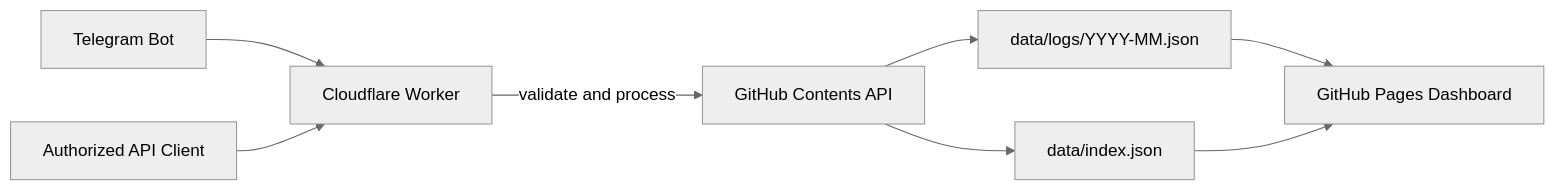
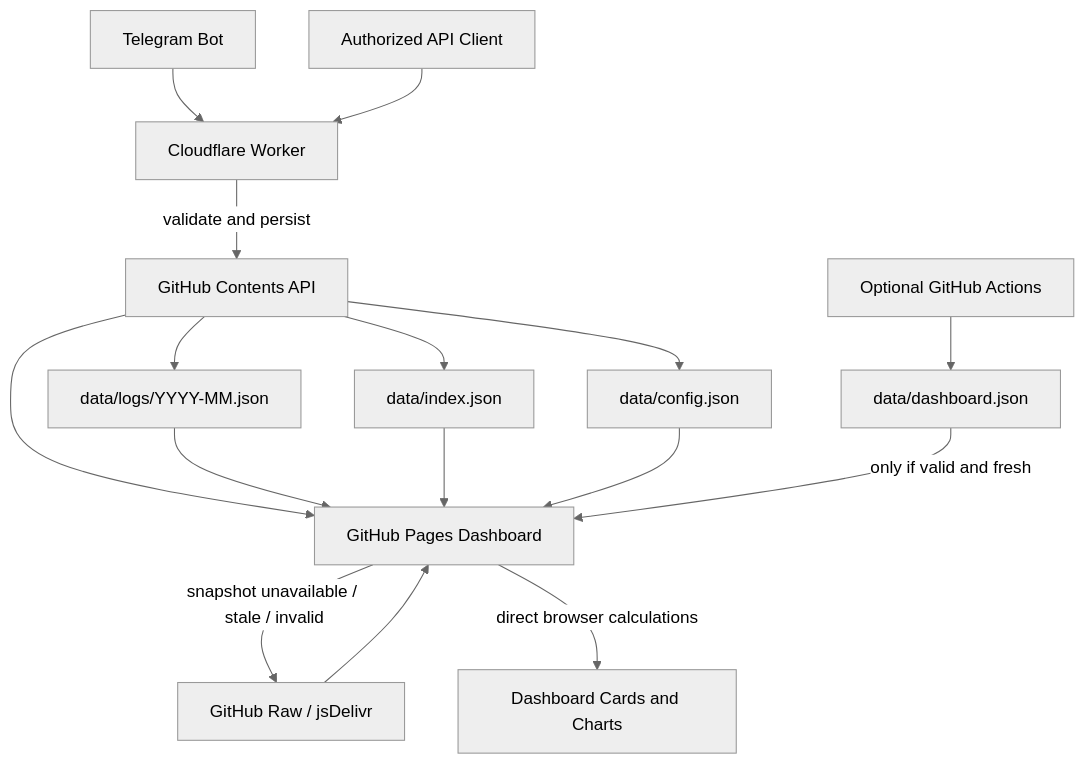
One commit to mehrdadmb2/peugeot-206-garage changed the diagram in README.md. Above: the diagram before and after it, drawn with Mermaid (neutral theme). The commit also changed other lines of this file and 8 other files, not shown here.

````diff
--- a/README.md
+++ b/README.md
@@ -72,10 +83,18 @@
 ```mermaid
-flowchart LR
+flowchart TD
     T[Telegram Bot] --> W[Cloudflare Worker]
     A[Authorized API Client] --> W
-    W -->|validate and process| G[GitHub Contents API]
+    W -->|validate and persist| G[GitHub Contents API]
     G --> D[data/logs/YYYY-MM.json]
     G --> I[data/index.json]
-    D --> P[GitHub Pages Dashboard]
+    G --> C[data/config.json]
+    G --> P[GitHub Pages Dashboard]
+    ACT[Optional GitHub Actions] --> S[data/dashboard.json]
+    D --> P
     I --> P
+    C --> P
+    S -->|only if valid and fresh| P
+    P -->|snapshot unavailable / stale / invalid| R[GitHub Raw / jsDelivr]
+    R --> P
+    P -->|direct browser calculations| UI[Dashboard Cards and Charts]
 ```
````
